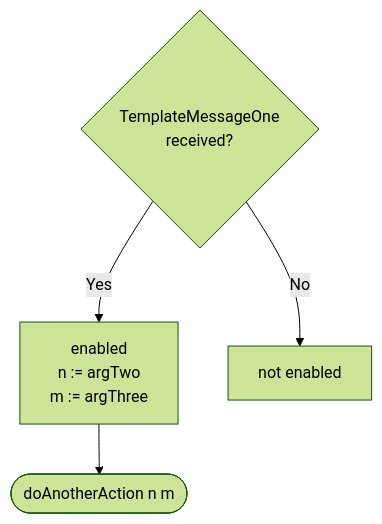
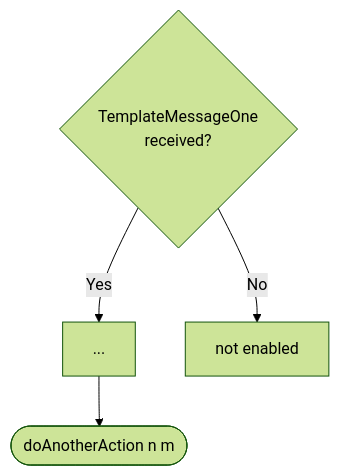
One commit to anoma/nspec changed the diagram in docs/node_architecture/engines/template_dynamics.juvix.md. Above: the diagram before and after it, drawn with Mermaid (forest theme). The commit also changed other lines of this file, not shown here.

Commit message:
Edit diagram

````diff
--- a/docs/node_architecture/engines/template_dynamics.juvix.md
+++ b/docs/node_architecture/engines/template_dynamics.juvix.md
@@ -304,7 +304,7 @@
 ```mermaid
 flowchart TD
     C{TemplateMessageOne<br>received?}
-    C -->|Yes| D[enabled<br>n := argTwo<br>m := argThree ]
+    C -->|Yes| D[...]
     C -->|No| E[not enabled]
     D --> F([doAnotherAction n m])
 ```
````
